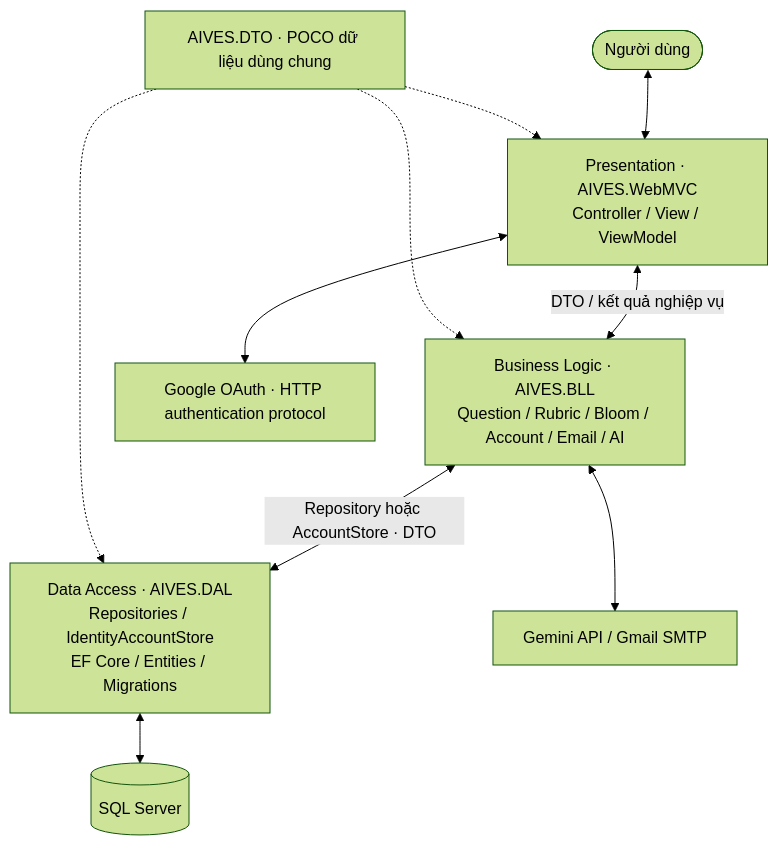
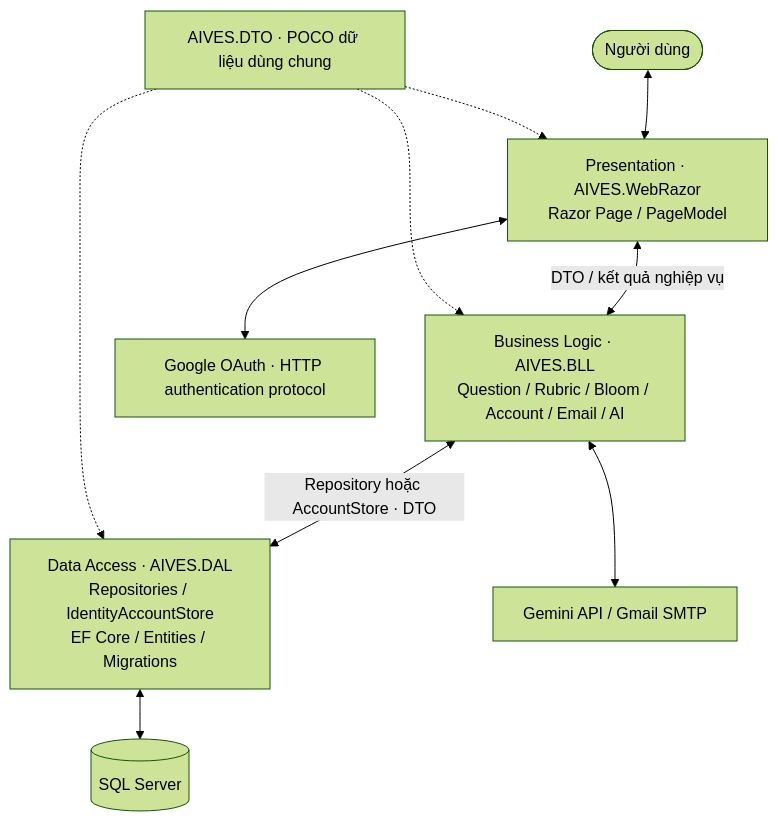
The diagram in docs/AIVES-3-Layer-Architecture.md (S0Lmon/AIVES_System), drawn with Mermaid (forest theme) before and after one commit. The commit also changed other lines of this file and 44 other files, not shown here.

````diff
--- a/docs/AIVES-3-Layer-Architecture.md
+++ b/docs/AIVES-3-Layer-Architecture.md
@@ -13,12 +13,12 @@
 ```mermaid
 flowchart TB
-    User([Người dùng]) <--> GUI["Presentation · AIVES.WebMVC<br/>Controller / View / ViewModel"]
+    User([Người dùng]) <--> GUI["Presentation · AIVES.WebRazor<br/>Razor Page / PageModel"]
     GUI <-->|"DTO / kết quả nghiệp vụ"| BLL["Business Logic · AIVES.BLL<br/>Question / Rubric / Bloom / Account / Email / AI"]
     BLL <-->|"Repository hoặc AccountStore · DTO"| DAL["Data Access · AIVES.DAL<br/>Repositories / IdentityAccountStore<br/>EF Core / Entities / Migrations"]
     DAL <--> SQL[(SQL Server)]
     BLL <--> External["Gemini API / Gmail SMTP"]
     GUI <--> Google["Google OAuth · HTTP authentication protocol"]
     DTO["AIVES.DTO · POCO dữ liệu dùng chung"] -.-> GUI
     DTO -.-> BLL
     DTO -.-> DAL
 ```
````
